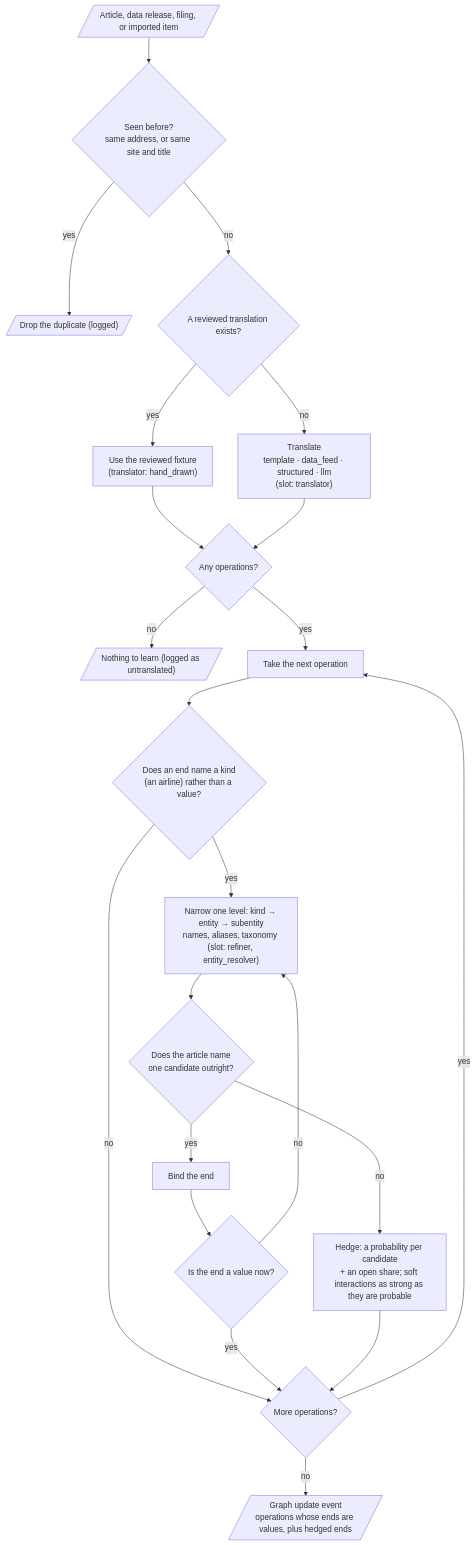
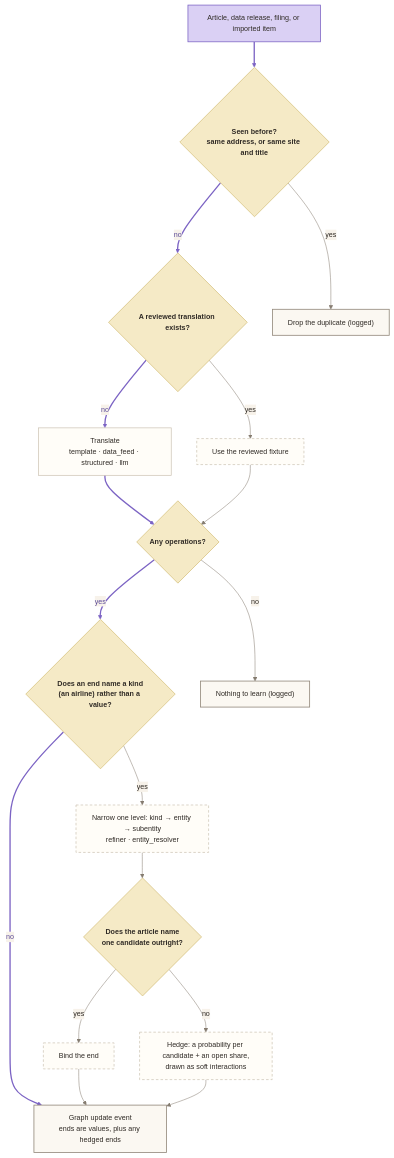
Before and after one commit to Axelrod-AI-Engineering/world-model: the first of 2 diagrams in docs/design/modules/M05-intake.md, drawn with Mermaid. The commit also changed other lines of this file and 17 other files, not shown here.

First line of the commit message:
Diagrams in the app's flowchart style, with the happy path in purple; leaner design docs

````diff
--- a/docs/design/modules/M05-intake.md
+++ b/docs/design/modules/M05-intake.md
@@ -58,23 +58,30 @@
 ```mermaid
+%% style: begin (scripts/docs/style_mermaid.py)
+%%{init: {"theme": "base", "themeVariables": {"fontSize": "14px", "primaryColor": "#FFFDF8", "primaryBorderColor": "#C9BFAF", "primaryTextColor": "#2F2A25", "lineColor": "#857C70", "textColor": "#2F2A25", "secondaryColor": "#F7F2EA", "tertiaryColor": "#FBF8F2", "edgeLabelBackground": "#F7F2EA", "clusterBkg": "#F7F2EA", "clusterBorder": "#E4DACB", "titleColor": "#665E54"}}}%%
+%% style: end
 flowchart TD
-  A[/"Article, data release, filing, or imported item"/] --> D{"Seen before?<br/>same address, or same site and title"}
-  D -- yes --> DROP[/"Drop the duplicate (logged)"/]
-  D -- no --> T{"A reviewed translation exists?"}
-  T -- yes --> F["Use the reviewed fixture<br/>(translator: hand_drawn)"]
-  T -- no --> TR["Translate<br/>template · data_feed · structured · llm<br/>(slot: translator)"]
-  F & TR --> OPS{"Any operations?"}
-  OPS -- no --> UN[/"Nothing to learn (logged as untranslated)"/]
-  OPS -- yes --> NEXT["Take the next operation"]
-  NEXT --> K{"Does an end name a kind<br/>(an airline) rather than a value?"}
-  K -- no --> MORE
-  K -- yes --> N["Narrow one level: kind → entity → subentity<br/>names, aliases, taxonomy (slot: refiner, entity_resolver)"]
-  N --> NAMED{"Does the article name<br/>one candidate outright?"}
-  NAMED -- yes --> BIND["Bind the end"]
-  NAMED -- no --> HEDGE["Hedge: a probability per candidate<br/>+ an open share; soft interactions as strong as they are probable"]
-  BIND --> VAL{"Is the end a value now?"}
-  VAL -- no --> N
-  VAL -- yes --> MORE{"More operations?"}
-  HEDGE --> MORE
-  MORE -- yes --> NEXT
-  MORE -- no --> OUT[/"Graph update event<br/>operations whose ends are values, plus hedged ends"/]
+  A["Article, data release, filing, or imported item"]:::start ==> D{"Seen before?<br/>same address, or same site and title"}:::check
+  D ==>|no| T{"A reviewed translation exists?"}:::check
+  T ==>|no| TR["Translate<br/>template · data_feed · structured · llm"]:::step
+  TR ==> OPS{"Any operations?"}:::check
+  OPS ==>|yes| K{"Does an end name a kind<br/>(an airline) rather than a value?"}:::check
+  K ==>|no| OUT["Graph update event<br/>ends are values, plus any hedged ends"]:::done
+  D -->|yes| DROP["Drop the duplicate (logged)"]:::done
+  T -->|yes| F["Use the reviewed fixture"]:::opt
+  F --> OPS
+  OPS -->|no| UN["Nothing to learn (logged)"]:::done
+  K -->|yes| N["Narrow one level: kind → entity → subentity<br/>refiner · entity_resolver"]:::opt
+  N --> NAMED{"Does the article name<br/>one candidate outright?"}:::check
+  NAMED -->|yes| BIND["Bind the end"]:::opt
+  NAMED -->|no| HEDGE["Hedge: a probability per candidate + an open share,<br/>drawn as soft interactions"]:::opt
+  BIND --> OUT
+  HEDGE --> OUT
+  %% style: classes and happy path
+  classDef start fill:#DAD0F4,stroke:#7C64C4,stroke-width:1.5px,color:#2F2A25
+  classDef step fill:#FFFDF8,stroke:#C9BFAF,stroke-width:1.3px,color:#2F2A25
+  classDef opt fill:#FFFDF8,stroke:#C9BFAF,stroke-width:1.3px,stroke-dasharray:5 4,color:#2F2A25
+  classDef check fill:#F5EAC6,stroke:#D2BB72,stroke-width:1.3px,color:#2F2A25,font-weight:600
+  classDef done fill:#FBF8F2,stroke:#93897C,stroke-width:1.6px,color:#2F2A25
+  linkStyle 0,1,2,3,4,5 stroke:#7C64C4,stroke-width:2.6px,color:#5B4A99
+  %% style: end
 ```
````
